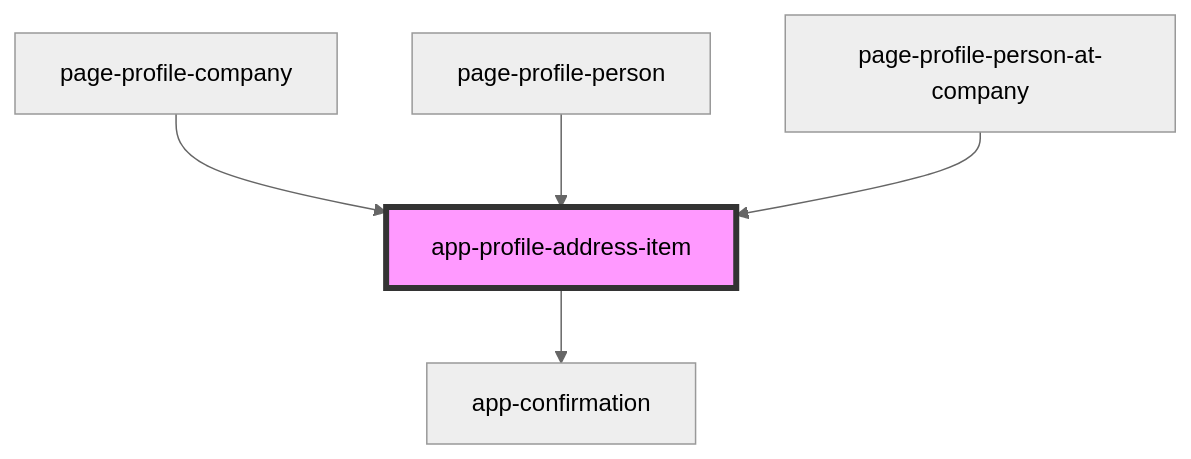
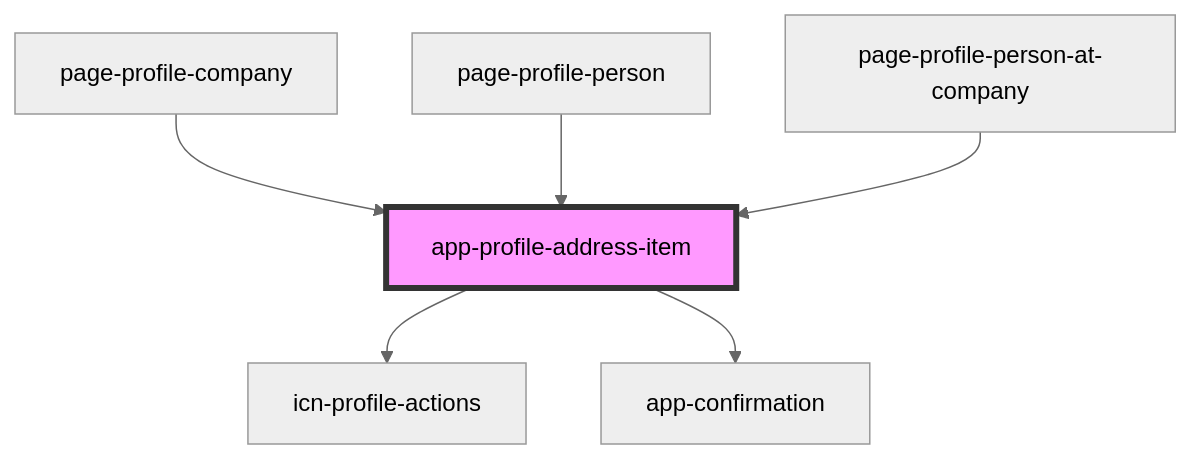
One commit to lokheed/IconEventNetwork.Web changed the diagram in iconeventnetwork-web/src/components/app-profile-address-item/readme.md. Above: the diagram before and after it, drawn with Mermaid (neutral theme). The commit also changed other lines of this file and 37 other files, not shown here.

Commit message:
refactor profile edit/delete actions

````diff
--- a/iconeventnetwork-web/src/components/app-profile-address-item/readme.md
+++ b/iconeventnetwork-web/src/components/app-profile-address-item/readme.md
@@ -40,8 +41,9 @@
 ```mermaid
 graph TD;
+  app-profile-address-item --> icn-profile-actions
   app-profile-address-item --> app-confirmation
   page-profile-company --> app-profile-address-item
   page-profile-person --> app-profile-address-item
   page-profile-person-at-company --> app-profile-address-item
   style app-profile-address-item fill:#f9f,stroke:#333,stroke-width:4px
 ```
````
